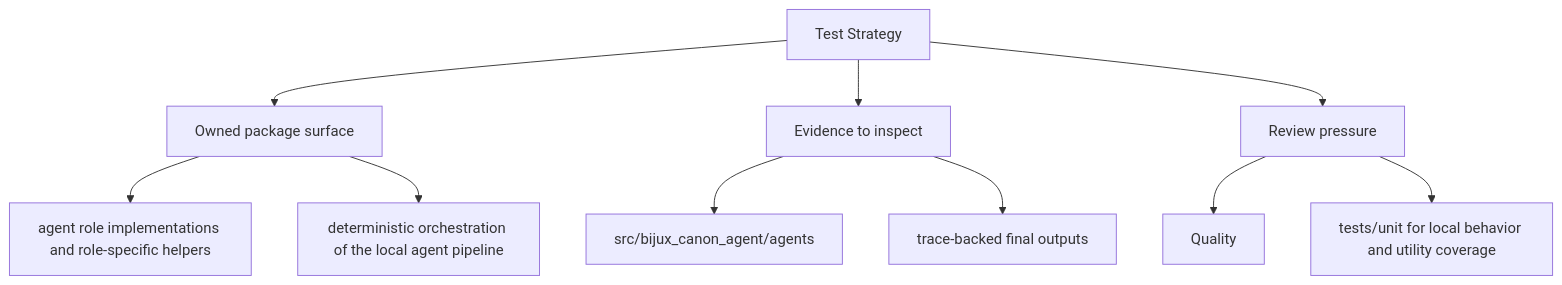
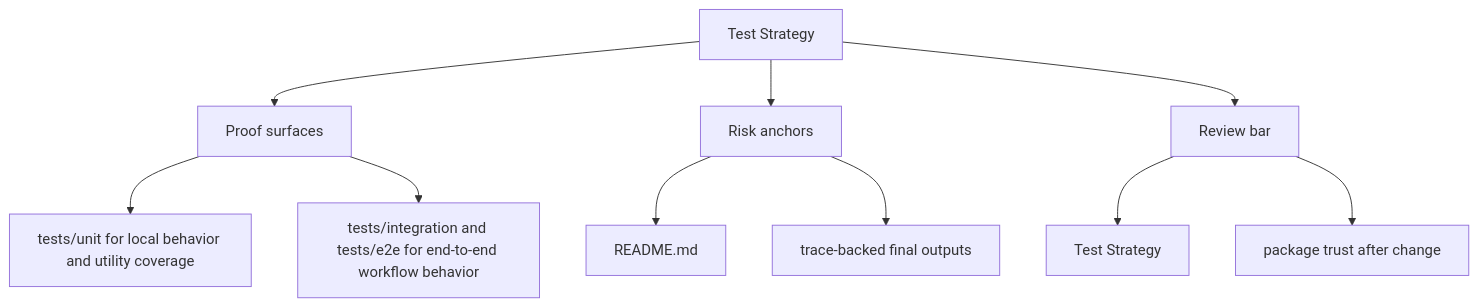
The second of 2 diagrams in docs/bijux-canon-agent/quality/test-strategy.md (bijux/bijux-canon), drawn with Mermaid before and after one commit. The commit also changed other lines of this file and 250 other files, not shown here.

Commit message:
docs(diagrams): make product page maps more readable

````diff
--- a/docs/bijux-canon-agent/quality/test-strategy.md
+++ b/docs/bijux-canon-agent/quality/test-strategy.md
@@ -34,22 +34,22 @@
 ```mermaid
 flowchart TD
     page["Test Strategy"]
-    focus1["Owned package surface"]
+    focus1["Proof surfaces"]
     page --> focus1
-    focus1_1["agent role implementations and role-specific helpers"]
+    focus1_1["tests/unit for local behavior and utility coverage"]
     focus1 --> focus1_1
-    focus1_2["deterministic orchestration of the local agent pipeline"]
+    focus1_2["tests/integration and tests/e2e for end-to-end workflow behavior"]
     focus1 --> focus1_2
-    focus2["Evidence to inspect"]
+    focus2["Risk anchors"]
     page --> focus2
-    focus2_1["src/bijux_canon_agent/agents"]
+    focus2_1["README.md"]
     focus2 --> focus2_1
     focus2_2["trace-backed final outputs"]
     focus2 --> focus2_2
-    focus3["Review pressure"]
+    focus3["Review bar"]
     page --> focus3
-    focus3_1["Quality"]
+    focus3_1["Test Strategy"]
     focus3 --> focus3_1
-    focus3_2["tests/unit for local behavior and utility coverage"]
+    focus3_2["package trust after change"]
     focus3 --> focus3_2
 ```
````
